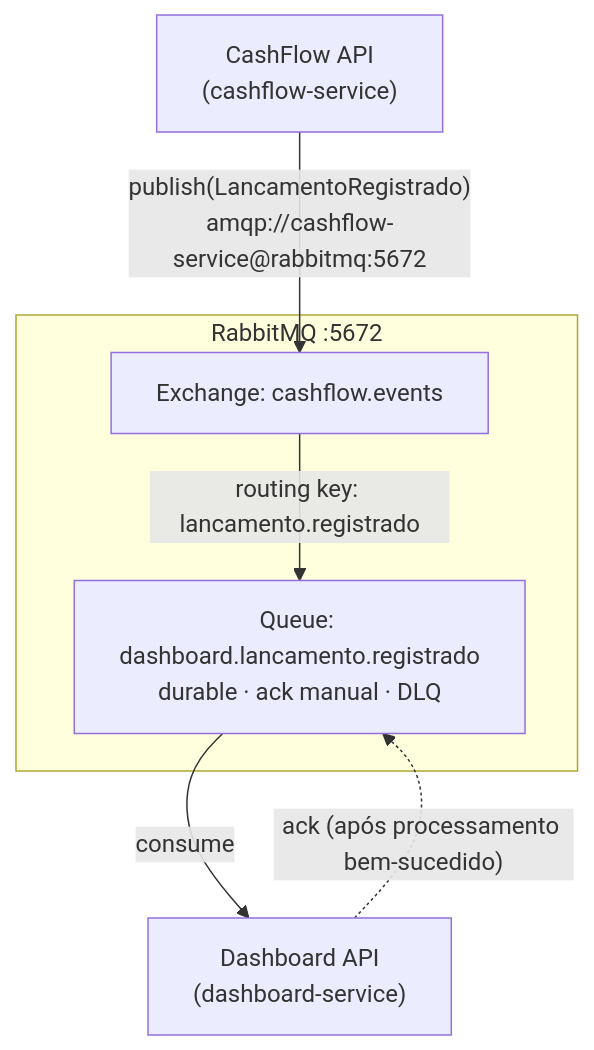
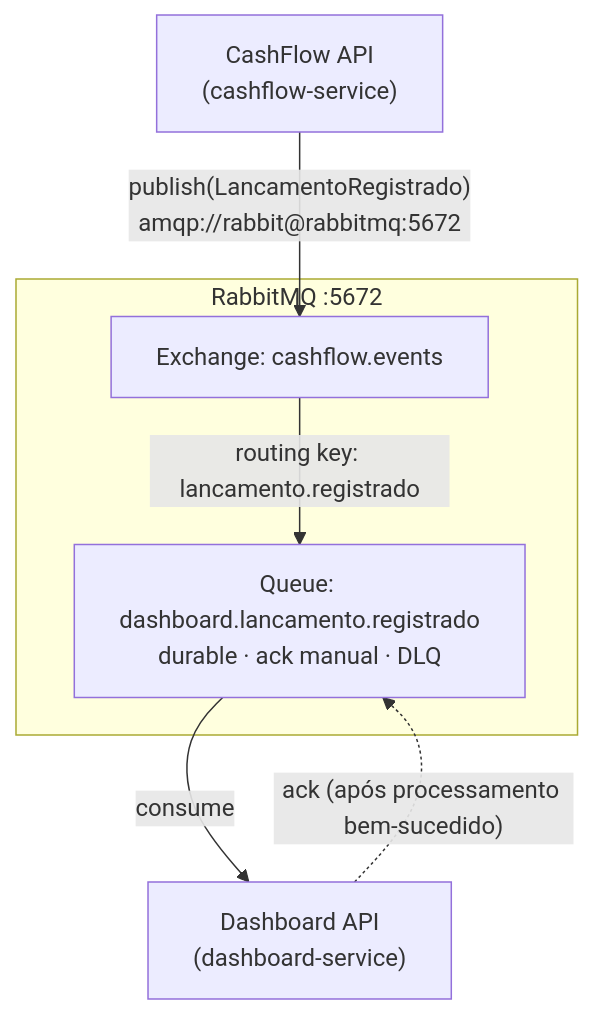
One commit to filipececcon/arch-challenge changed the second of 4 diagrams in docs/security/service-to-service.md. Above: the diagram before and after it, drawn with Mermaid. The commit also changed other lines of this file and 41 other files, not shown here.

````diff
--- a/docs/security/service-to-service.md
+++ b/docs/security/service-to-service.md
@@ -82,16 +89,16 @@
 ```mermaid
 graph TD
     CF["CashFlow API<br/>(cashflow-service)"]
 
     subgraph MQ["RabbitMQ :5672"]
         EX["Exchange: cashflow.events"]
         Q["Queue: dashboard.lancamento.registrado<br/>durable · ack manual · DLQ"]
     end
 
     DA["Dashboard API<br/>(dashboard-service)"]
 
-    CF -->|"publish(LancamentoRegistrado)<br/>amqp://cashflow-service@rabbitmq:5672"| EX
+    CF -->|"publish(LancamentoRegistrado)<br/>amqp://rabbit@rabbitmq:5672"| EX
     EX -->|"routing key: lancamento.registrado"| Q
     Q -->|"consume"| DA
     DA -.->|"ack (após processamento bem-sucedido)"| Q
 ```
````
